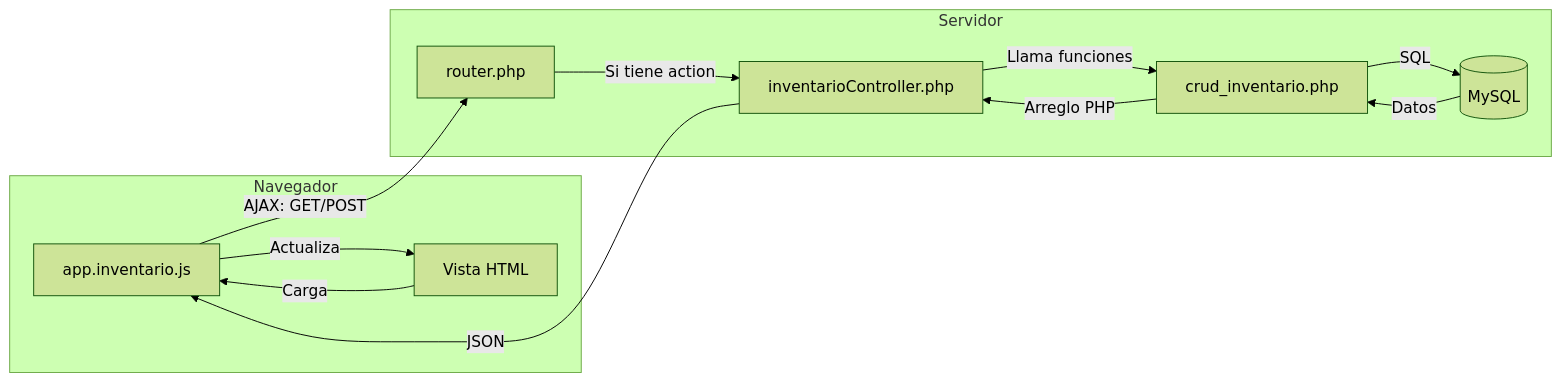
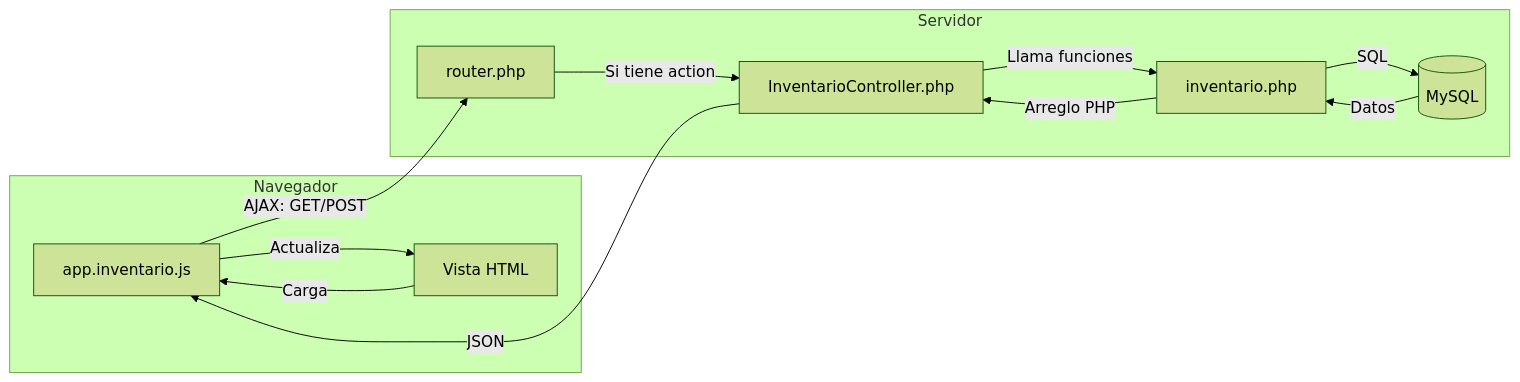
One commit to Carlos-paez/EIS_Zona_Web_Lara changed the third of 3 diagrams in docs/MANUAL_INVENTARIO.md. Above: the diagram before and after it, drawn with Mermaid (forest theme). The commit also changed other lines of this file and 27 other files, not shown here.

````diff
--- a/docs/MANUAL_INVENTARIO.md
+++ b/docs/MANUAL_INVENTARIO.md
@@ -676,24 +736,24 @@
 ```mermaid
 flowchart LR
     subgraph Navegador
         JS[app.inventario.js]
         HTML[Vista HTML]
     end
 
     subgraph Servidor
         R[router.php]
-        C[inventarioController.php]
-        M[crud_inventario.php]
+        C[InventarioController.php]
+        M[inventario.php]
         BD[(MySQL)]
     end
 
     HTML -->|Carga| JS
     JS -->|AJAX: GET/POST| R
     R -->|Si tiene action| C
     C -->|Llama funciones| M
     M -->|SQL| BD
     BD -->|Datos| M
     M -->|Arreglo PHP| C
     C -->|JSON| JS
     JS -->|Actualiza| HTML
 ```
````
